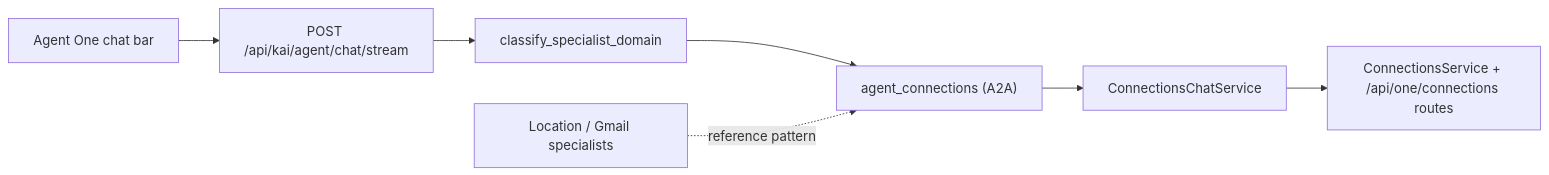
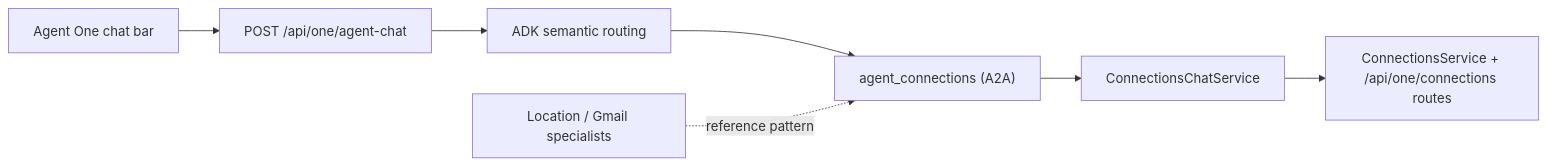
Before and after one commit to hushh-labs/hushh-research: the diagram in docs/superpowers/specs/2026-07-10-connections-agent-one-subagent-findings.md, drawn with Mermaid. The commit also changed other lines of this file and 124 other files, not shown here.

````diff
--- a/docs/superpowers/specs/2026-07-10-connections-agent-one-subagent-findings.md
+++ b/docs/superpowers/specs/2026-07-10-connections-agent-one-subagent-findings.md
@@ -13,9 +13,9 @@
 ```mermaid
 flowchart LR
-  bar["Agent One chat bar"] --> stream["POST /api/kai/agent/chat/stream"]
-  stream --> classify["classify_specialist_domain"]
+  bar["Agent One chat bar"] --> stream["POST /api/one/agent-chat"]
+  stream --> classify["ADK semantic routing"]
   classify --> conn["agent_connections (A2A)"]
   conn --> chat["ConnectionsChatService"]
   chat --> svc["ConnectionsService + /api/one/connections routes"]
   loc["Location / Gmail specialists"] -.->|reference pattern| conn
 ```
````
